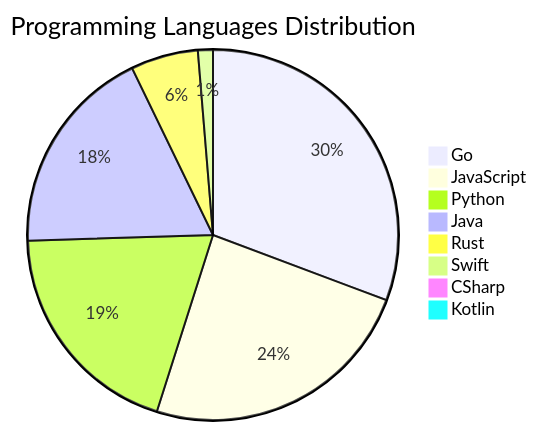
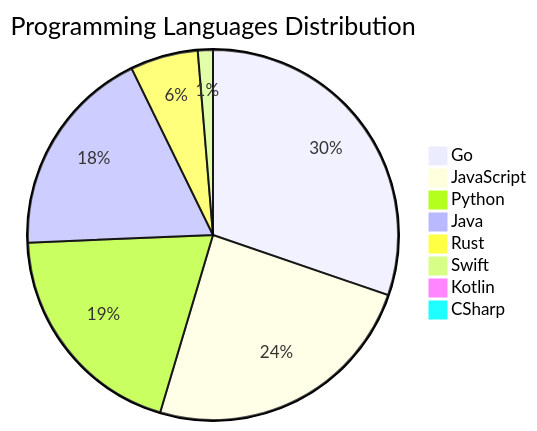
Before and after one commit to Derrick-MUGISHA/github-activity-bot: the diagram in README.md, drawn with Mermaid. The commit also changed other lines of this file and 4 other files, not shown here.

````diff
--- a/README.md
+++ b/README.md
@@ -210,11 +210,11 @@
 ```mermaid
 pie title Programming Languages Distribution
-    "Go" : 47
+    "Go" : 46
     "JavaScript" : 37
     "Python" : 30
     "Java" : 28
     "Rust" : 9
     "Swift" : 2
+    "Kotlin" : 1
     "CSharp" : 1
-    "Kotlin" : 1
 ```
````
